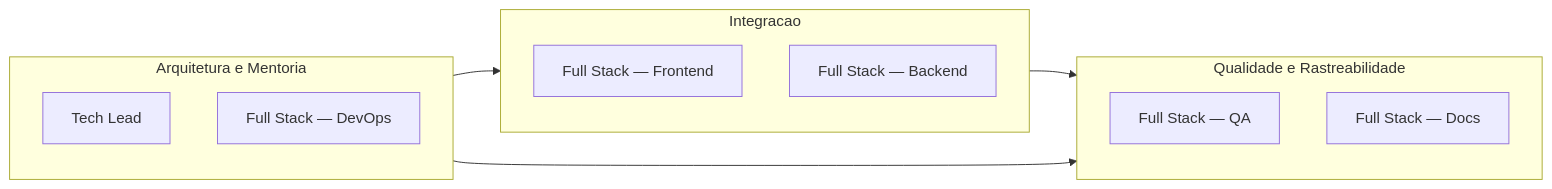
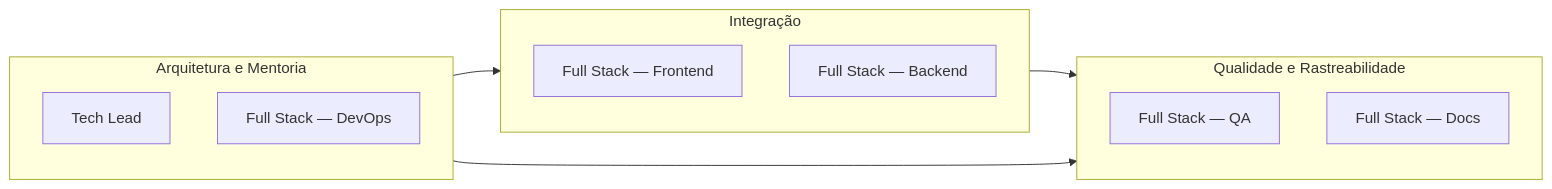
The first of 3 diagrams in docs/planejamento/rotacoes.md (pedrohpsantos/EdTech), drawn with Mermaid before and after one commit. The commit also changed other lines of this file and 21 other files, not shown here.

Commit message:
docs: scaffold project documentation, architecture design, and CI/CD infrastructure.

````diff
--- a/docs/planejamento/rotacoes.md
+++ b/docs/planejamento/rotacoes.md
@@ -66,22 +66,22 @@
 ```mermaid
 flowchart LR
     subgraph SQ1["Qualidade e Rastreabilidade"]
         FS1["Full Stack — QA"]
         FS2["Full Stack — Docs"]
     end
 
-    subgraph SQ2["Integracao"]
+    subgraph SQ2["Integração"]
         FS3["Full Stack — Frontend"]
         FS4["Full Stack — Backend"]
     end
 
     subgraph SQ3["Arquitetura e Mentoria"]
         TL["Tech Lead"]
         FS5["Full Stack — DevOps"]
     end
 
     SQ2 --> SQ1
     SQ3 --> SQ2
     SQ3 --> SQ1
 
 ```
````
